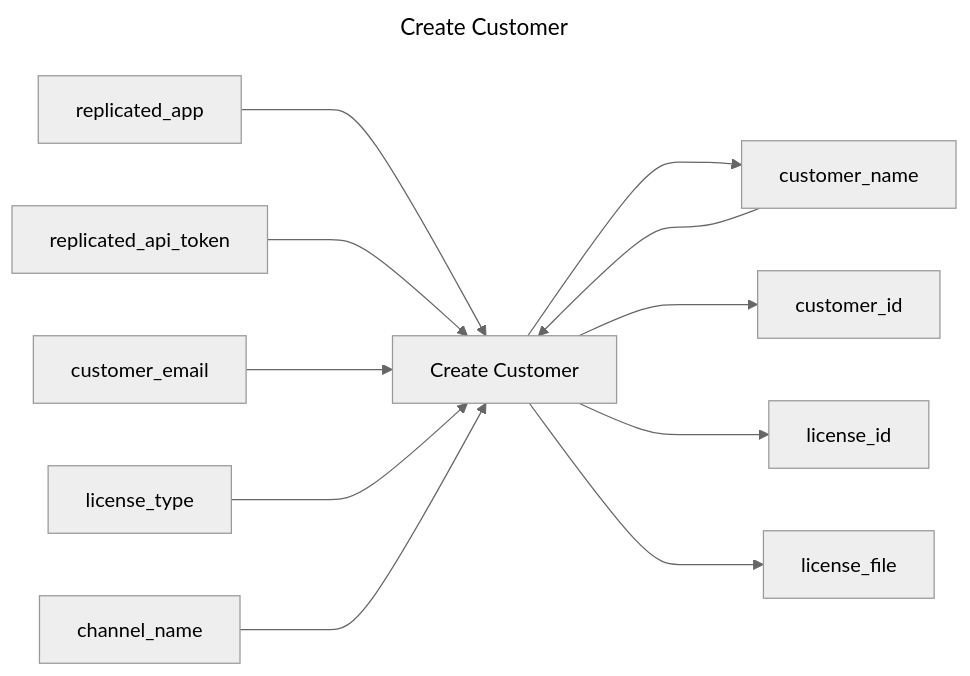
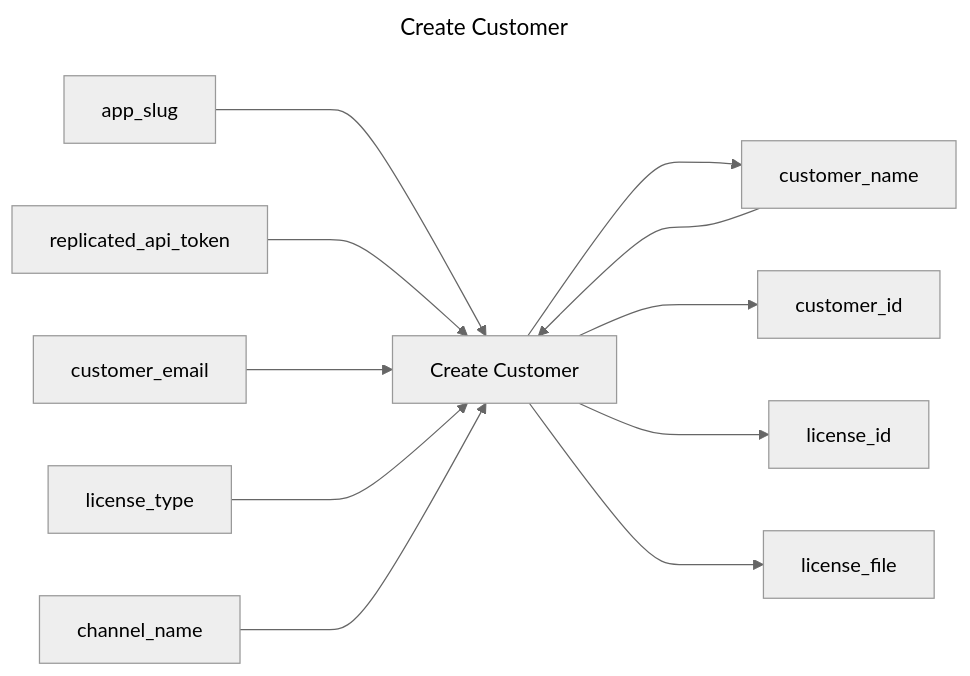
One commit to replicatedhq/replicated-actions changed the diagram in create-customer/README.md. Above: the diagram before and after it, drawn with Mermaid (neutral theme). The commit also changed other lines of this file and 28 other files, not shown here.

Commit message:
renaming replicated-app to app-slug

````diff
--- a/create-customer/README.md
+++ b/create-customer/README.md
@@ -3,17 +3,17 @@
 ```mermaid
 ---
 title: Create Customer
 ---
 graph LR
 create_customer["Create Customer"]
-replicated_app ---> create_customer
+app_slug ---> create_customer
 replicated_api_token ---> create_customer
 customer_name ---> create_customer
 customer_email ---> create_customer
 license_type ---> create_customer
 channel_name ---> create_customer
 create_customer ---> customer_name
 create_customer ---> customer_id
 create_customer ---> license_id
 create_customer ---> license_file
 ```
````
